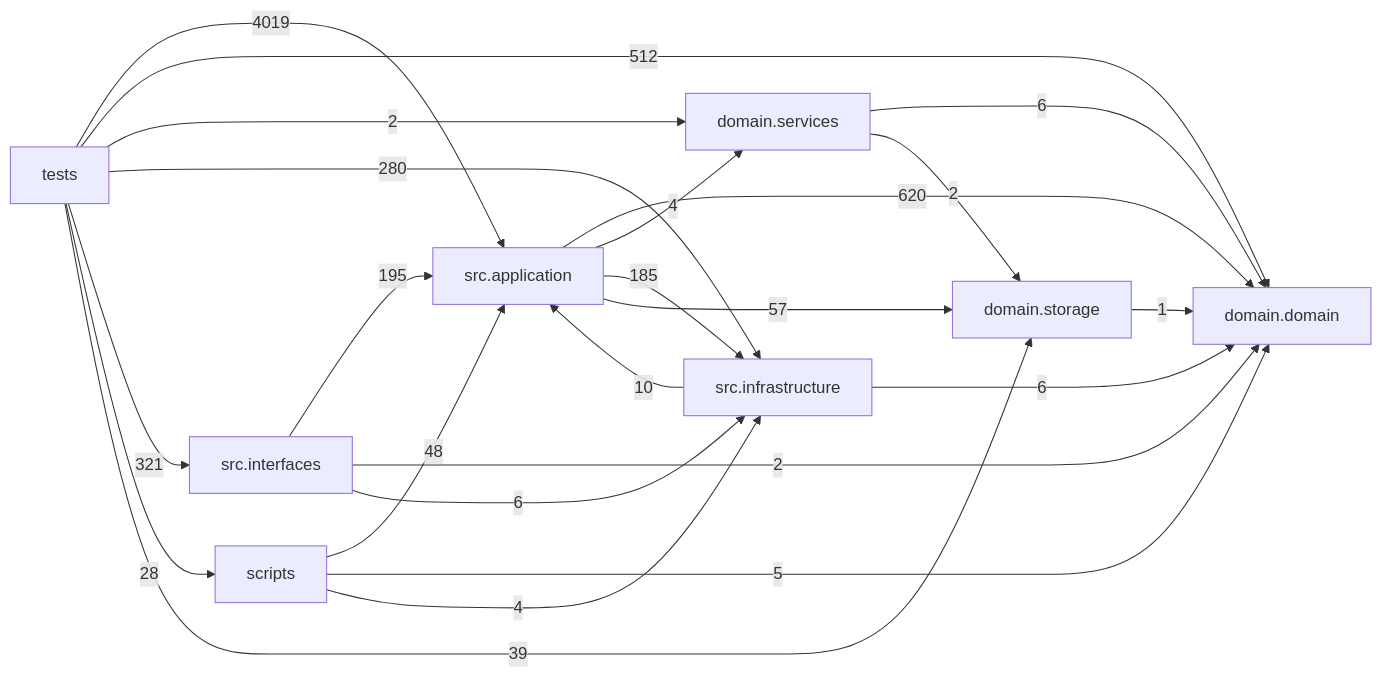
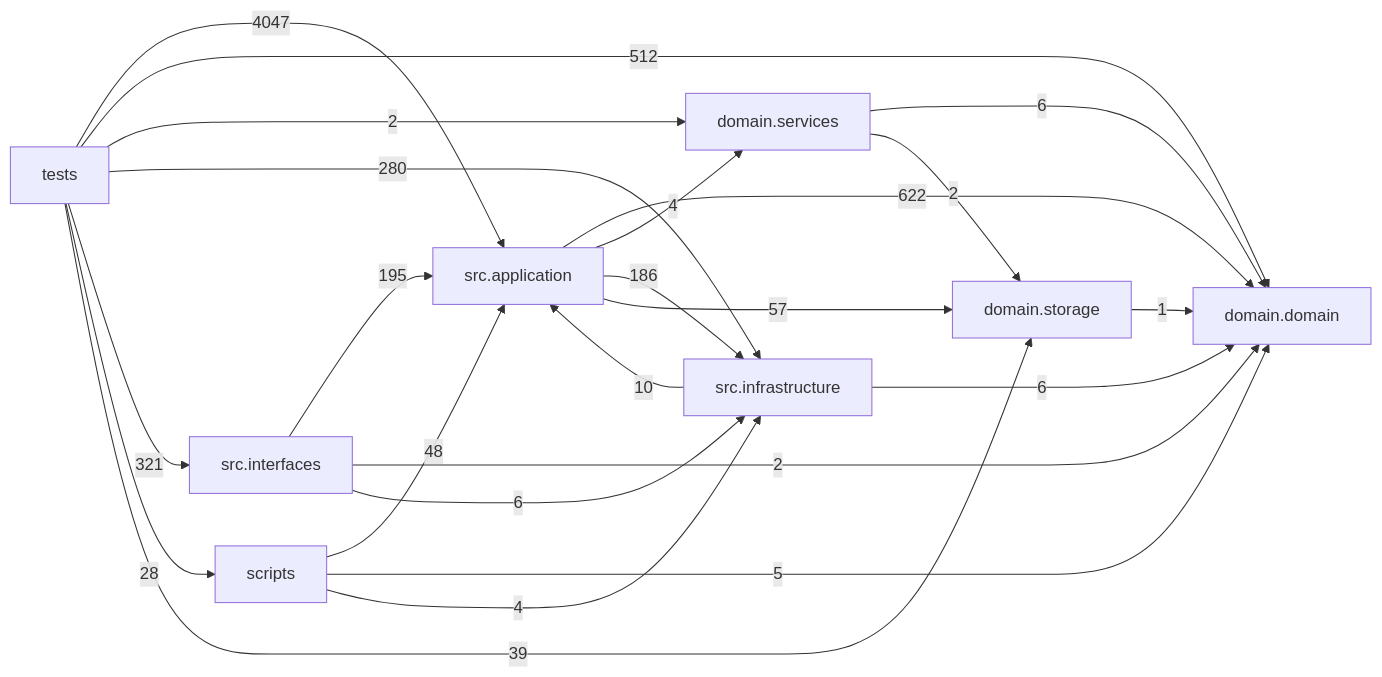
Before and after one commit to liuxie066/options-monitor: the diagram in docs/DEPENDENCY_GRAPH.md, drawn with Mermaid. The commit also changed other lines of this file and 26 other files, not shown here.

````diff
--- a/docs/DEPENDENCY_GRAPH.md
+++ b/docs/DEPENDENCY_GRAPH.md
@@ -24,33 +24,33 @@
 ```mermaid
 flowchart LR
   tests["tests"]
   scripts["scripts"]
   interfaces["src.interfaces"]
   application["src.application"]
   infrastructure["src.infrastructure"]
   domain_services["domain.services"]
   domain["domain.domain"]
   storage["domain.storage"]
-  application -->|620| domain
+  application -->|622| domain
   application -->|4| domain_services
-  application -->|185| infrastructure
+  application -->|186| infrastructure
   application -->|57| storage
   domain_services -->|6| domain
   domain_services -->|2| storage
   infrastructure -->|10| application
   infrastructure -->|6| domain
   interfaces -->|195| application
   interfaces -->|2| domain
   interfaces -->|6| infrastructure
   scripts -->|48| application
   scripts -->|5| domain
   scripts -->|4| infrastructure
   storage -->|1| domain
-  tests -->|4019| application
+  tests -->|4047| application
   tests -->|512| domain
   tests -->|2| domain_services
   tests -->|280| infrastructure
   tests -->|321| interfaces
   tests -->|28| scripts
   tests -->|39| storage
 ```
````
